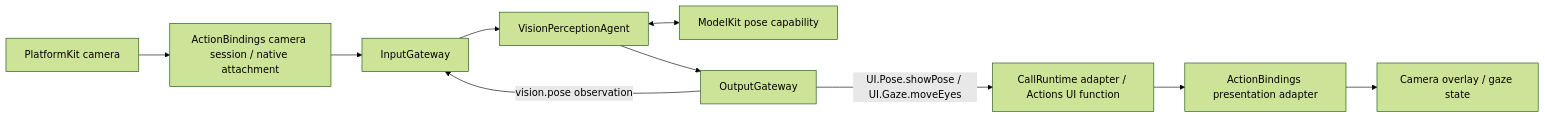
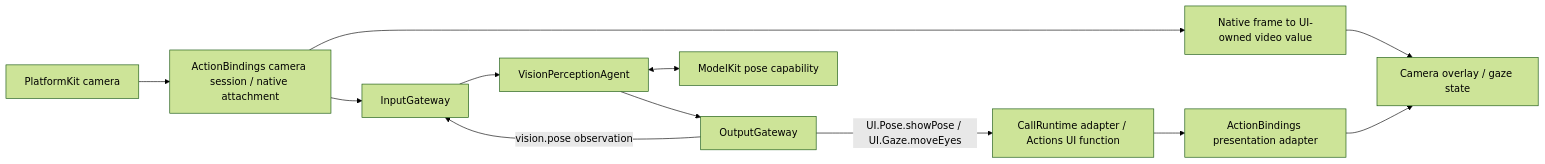
Before and after one commit to devilyouwei/MobileHarness: diagram 19 of 33 in MobileHarness/README.md, drawn with Mermaid (forest theme). The commit also changed other lines of this file and 17 other files, not shown here.

````diff
--- a/MobileHarness/README.md
+++ b/MobileHarness/README.md
@@ -866,12 +911,14 @@
 ```mermaid
 flowchart LR
     Camera[PlatformKit camera] --> Host[ActionBindings camera session / native attachment]
+    Host --> Video[Native frame to UI-owned video value]
+    Video --> UI[Camera overlay / gaze state]
     Host --> Input[InputGateway]
     Input --> Vision[VisionPerceptionAgent]
     Vision <--> Pose[ModelKit pose capability]
     Vision --> Output[OutputGateway]
     Output -->|vision.pose observation| Input
     Output -->|UI.Pose.showPose / UI.Gaze.moveEyes| Tools[CallRuntime adapter / Actions UI function]
     Tools --> Adapter[ActionBindings presentation adapter]
-    Adapter --> UI[Camera overlay / gaze state]
+    Adapter --> UI
 ```
````
